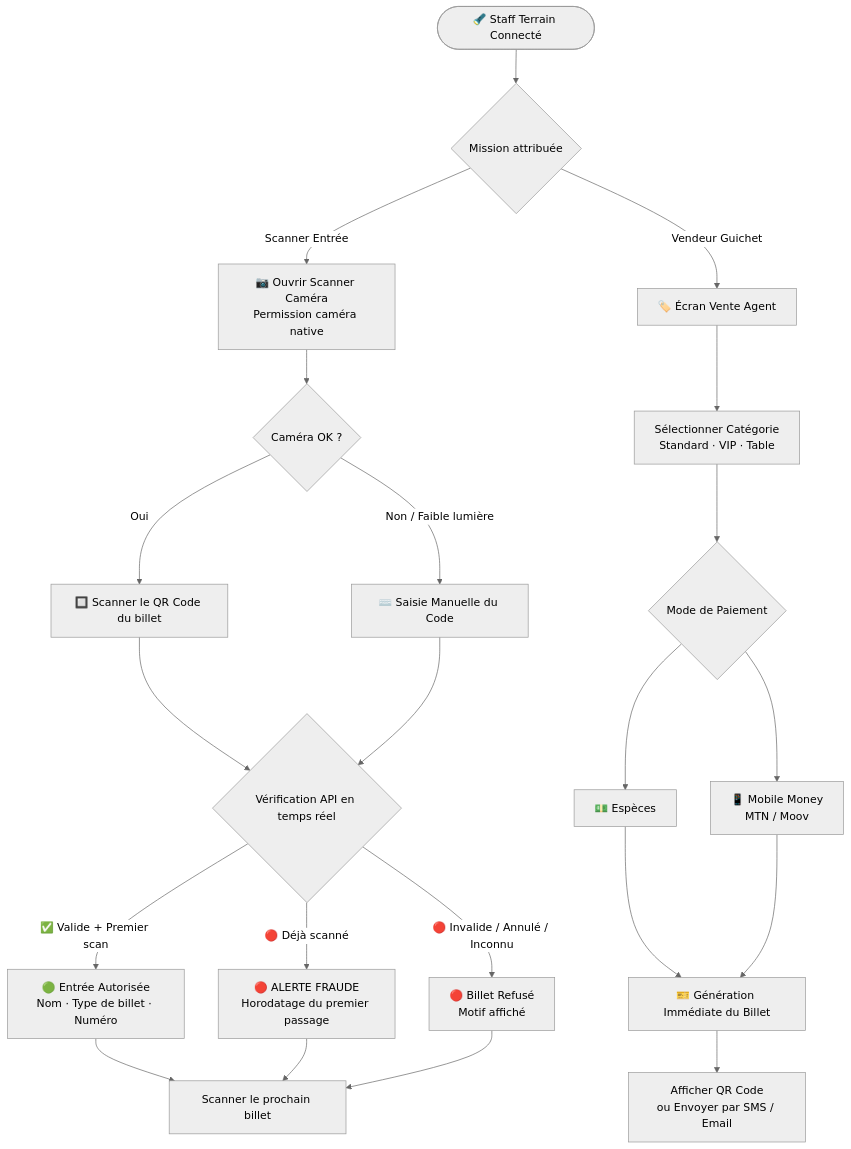
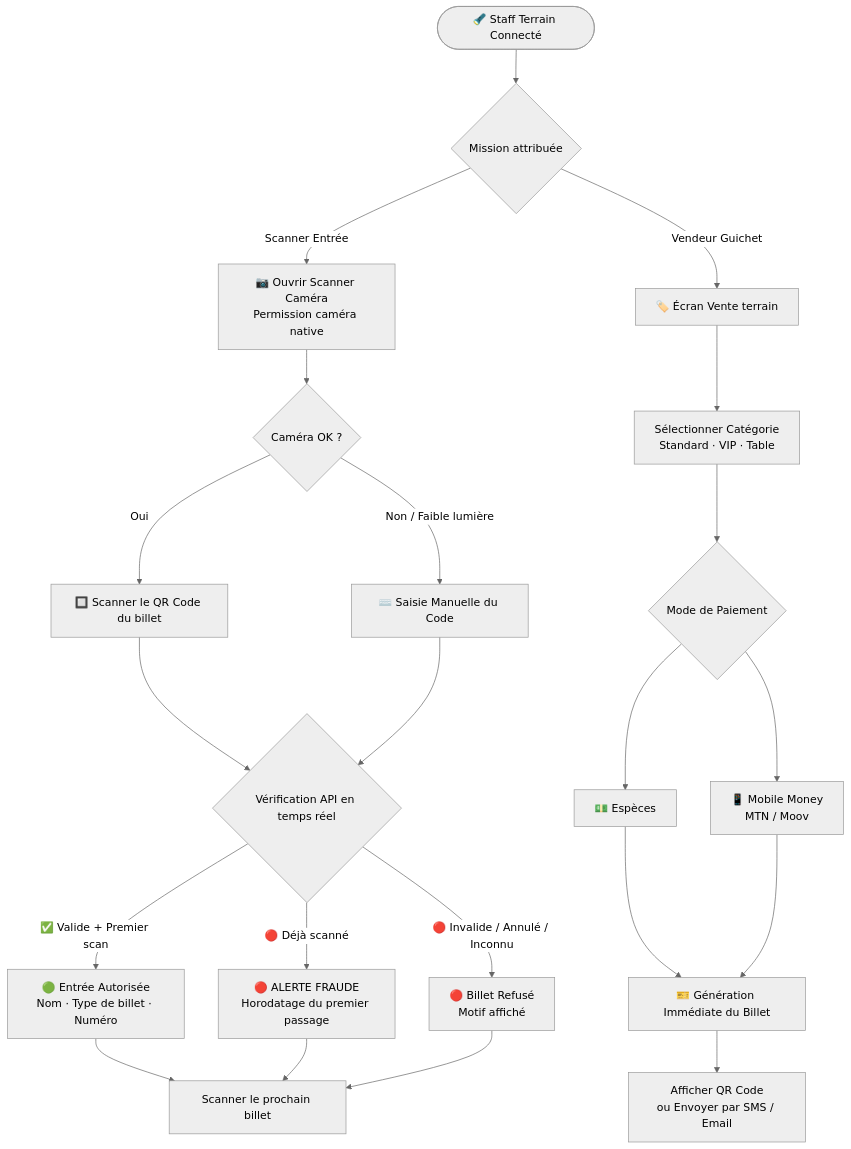
Before and after one commit to Live-In-Black/liveinblack: the seventh of 11 diagrams in docs/USERFLOW_CARTE_COMPLETE.md, drawn with Mermaid (neutral theme). The commit also changed 212 other files, not shown here.

````diff
--- a/docs/USERFLOW_CARTE_COMPLETE.md
+++ b/docs/USERFLOW_CARTE_COMPLETE.md
@@ -214,30 +214,30 @@
 ```mermaid
 flowchart TD
     STAFF([🔦 Staff Terrain Connecté]) --> MISSION{Mission attribuée}
 
     MISSION -->|Scanner Entrée| SCANNER[📷 Ouvrir Scanner Caméra\nPermission caméra native]
-    MISSION -->|Vendeur Guichet| SALES[🏷️ Écran Vente Agent]
+    MISSION -->|Vendeur Guichet| SALES[🏷️ Écran Vente terrain]
 
     SCANNER --> CAM{Caméra OK ?}
     CAM -->|Oui| SCAN_QR[🔲 Scanner le QR Code du billet]
     CAM -->|Non / Faible lumière| MANUAL[⌨️ Saisie Manuelle du Code]
 
     SCAN_QR --> API{Vérification API en temps réel}
     MANUAL --> API
 
     API -->|✅ Valide + Premier scan| GREEN[🟢 Entrée Autorisée\nNom · Type de billet · Numéro]
     API -->|🔴 Déjà scanné| FRAUD[🔴 ALERTE FRAUDE\nHorodatage du premier passage]
     API -->|🔴 Invalide / Annulé / Inconnu| INVALID[🔴 Billet Refusé\nMotif affiché]
 
     GREEN --> NEXT_SCAN[Scanner le prochain billet]
     FRAUD --> NEXT_SCAN
     INVALID --> NEXT_SCAN
 
     SALES --> SELECT_TKT[Sélectionner Catégorie\nStandard · VIP · Table]
     SELECT_TKT --> PAYMENT_MODE{Mode de Paiement}
     PAYMENT_MODE --> CASH[💵 Espèces]
     PAYMENT_MODE --> MOMO[📱 Mobile Money\nMTN / Moov]
     CASH --> GEN_TKT[🎫 Génération Immédiate du Billet]
     MOMO --> GEN_TKT
     GEN_TKT --> PRINT_OR_SEND[Afficher QR Code\nou Envoyer par SMS / Email]
 ```
````
